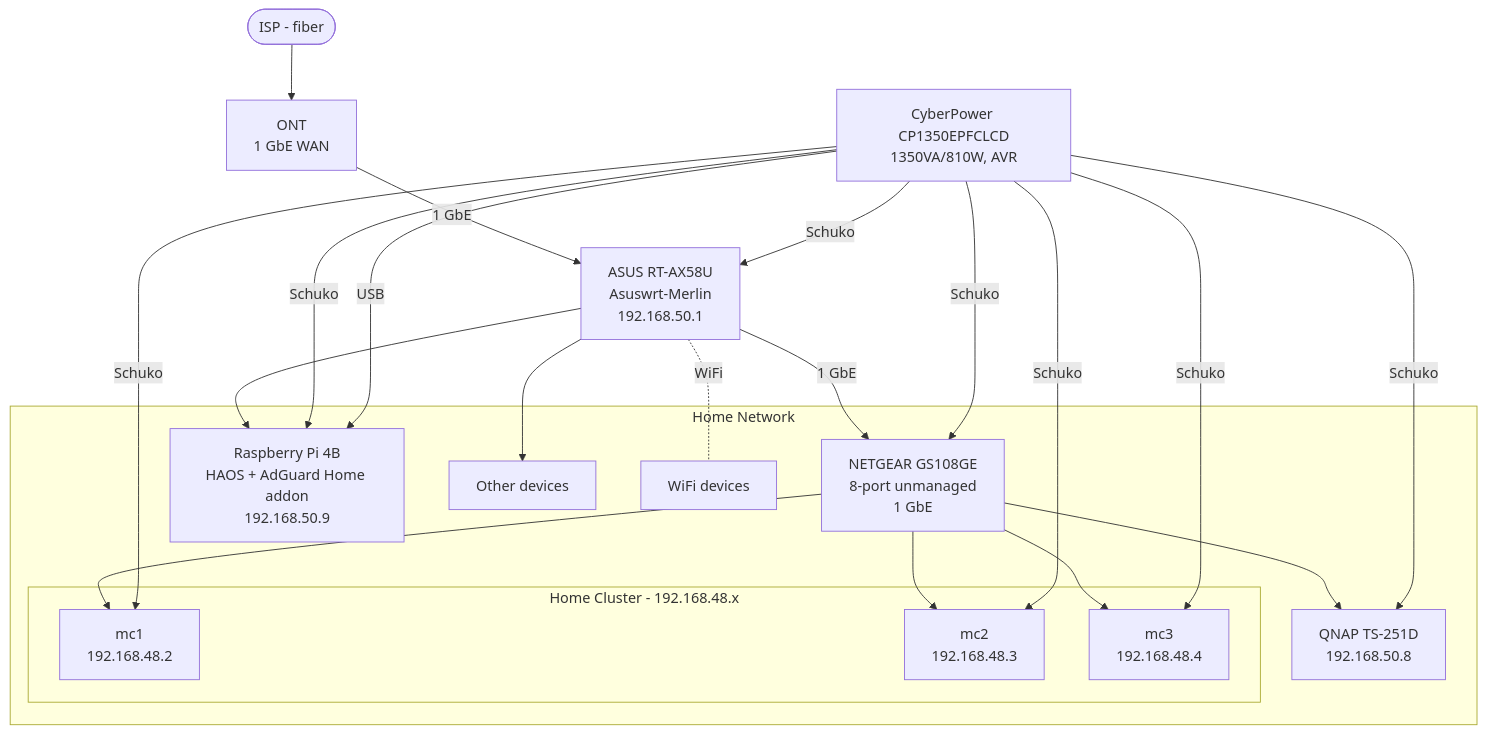
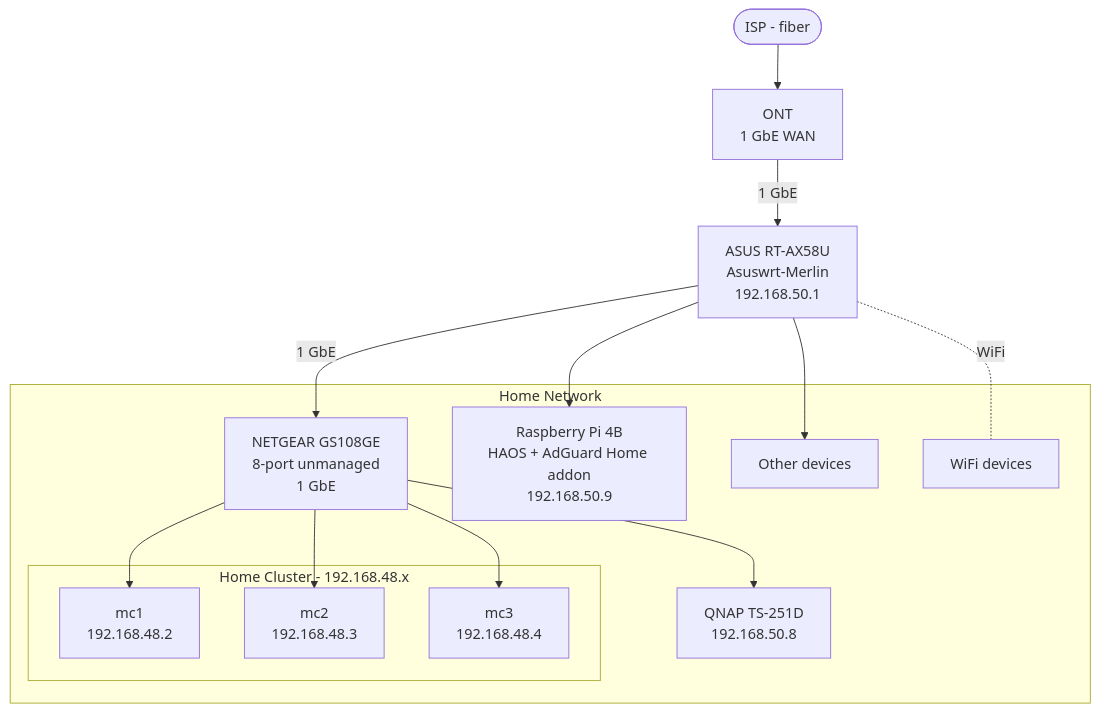
One commit to mmalyska/home-ops changed the diagram in docs/src/general/network.md. Above: the diagram before and after it, drawn with Mermaid. The commit also changed other lines of this file and 2 other files, not shown here.

````diff
--- a/docs/src/general/network.md
+++ b/docs/src/general/network.md
@@ -7,41 +7,31 @@
 ```mermaid
 flowchart TB
     ISP([ISP - fiber])
     ONT[ONT\n1 GbE WAN]
     Router[ASUS RT-AX58U\nAsuswrt-Merlin\n192.168.50.1]
-    UPS[CyberPower CP1350EPFCLCD\n1350VA/810W, AVR]
 
     subgraph LAN[Home Network]
         Switch[NETGEAR GS108GE\n8-port unmanaged\n1 GbE]
         QNAP[QNAP TS-251D\n192.168.50.8]
         RPi[Raspberry Pi 4B\nHAOS + AdGuard Home addon\n192.168.50.9]
         Other[Other devices]
         WiFi[WiFi devices]
 
         subgraph K8S[Home Cluster - 192.168.48.x]
             mc1[mc1\n192.168.48.2]
             mc2[mc2\n192.168.48.3]
             mc3[mc3\n192.168.48.4]
         end
     end
 
     ISP --> ONT
     ONT -->|1 GbE| Router
     Router -->|1 GbE| Switch
     Router --> RPi
     Router --> Other
     Router -. WiFi .- WiFi
     Switch --> mc1
     Switch --> mc2
     Switch --> mc3
     Switch --> QNAP
-
-    UPS -->|Schuko| Router
-    UPS -->|Schuko| Switch
-    UPS -->|Schuko| RPi
-    UPS -->|Schuko| mc1
-    UPS -->|Schuko| mc2
-    UPS -->|Schuko| mc3
-    UPS -->|Schuko| QNAP
-    UPS -->|USB| RPi
 ```
````
